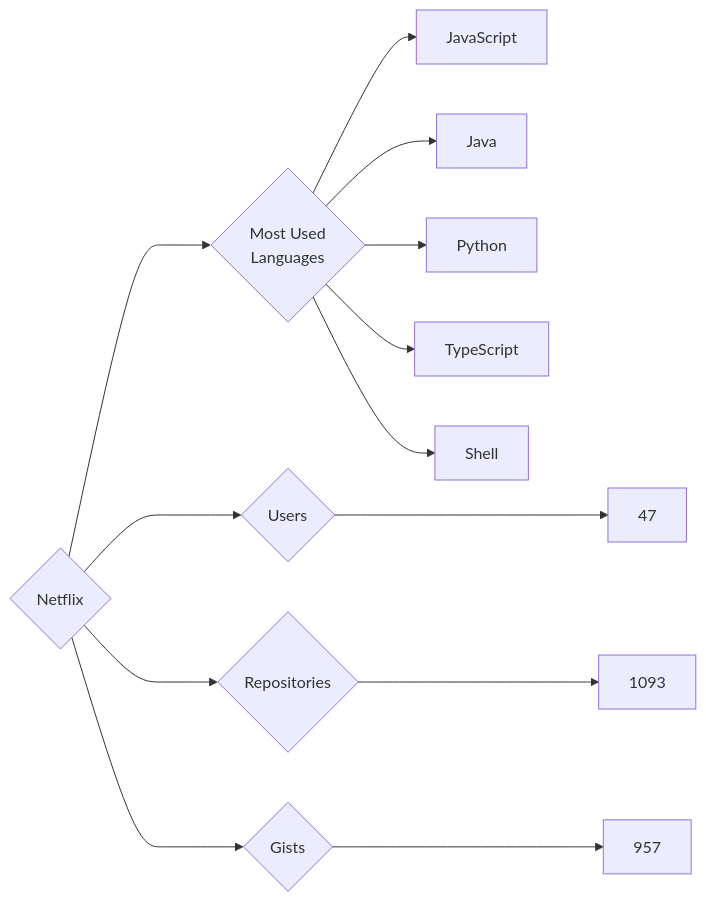
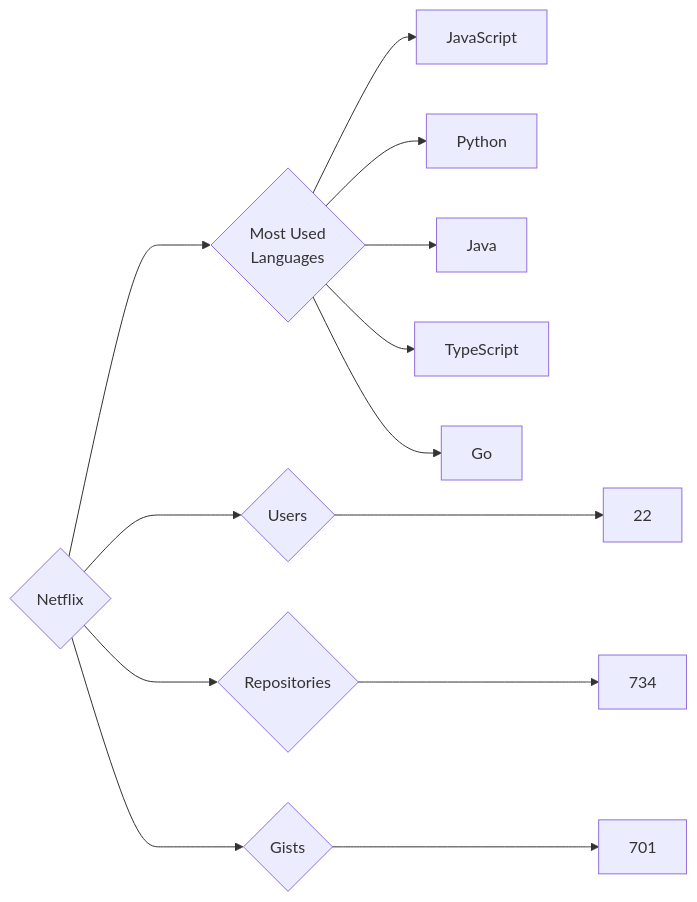
Before and after one commit to trickest/insiders: the diagram in targets/Netflix/README.md, drawn with Mermaid. The commit also changed 835 other files, not shown here.

````diff
--- a/targets/Netflix/README.md
+++ b/targets/Netflix/README.md
@@ -3,13 +3,13 @@
 ```mermaid
 graph LR
 COMPANY_NAME{Netflix}
-COMPANY_NAME ---> U{Users} ---> UN[47]
-COMPANY_NAME ---> R{Repositories} ---> RN[1093]
-COMPANY_NAME ---> G{Gists} ---> GN[957]
+COMPANY_NAME ---> U{Users} ---> UN[22]
+COMPANY_NAME ---> R{Repositories} ---> RN[734]
+COMPANY_NAME ---> G{Gists} ---> GN[701]
 COMPANY_NAME ---> ML{Most Used<br>Languages}
 ML --> JavaScript[JavaScript]
+ML --> Python[Python]
 ML --> Java[Java]
-ML --> Python[Python]
 ML --> TypeScript[TypeScript]
-ML --> Shell[Shell]
+ML --> Go[Go]
 ```
````
